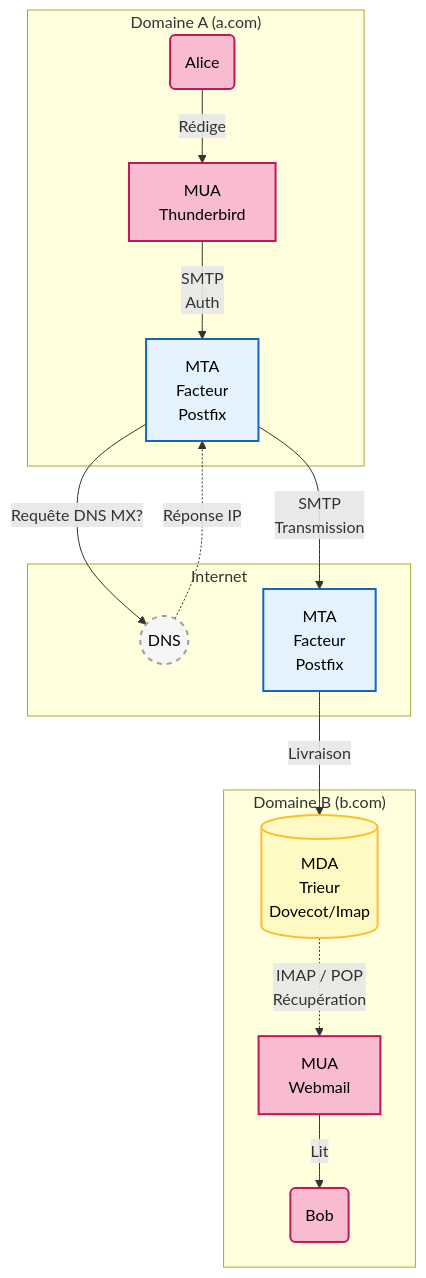
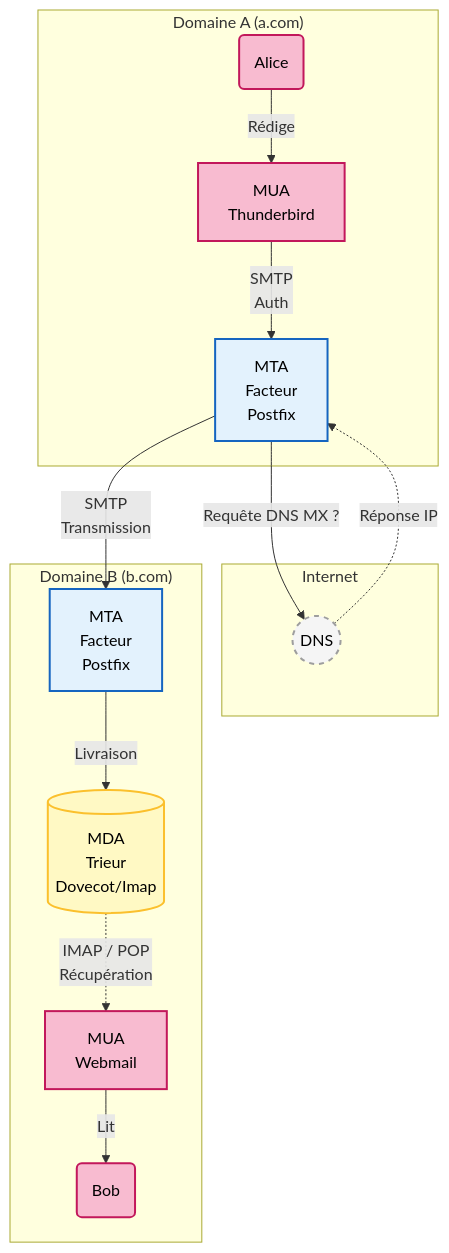
Before and after one commit to Yanal-Yves/blog: the third of 3 diagrams in content/antispoofing-e-mail/01-architecture-concepts.md, drawn with Mermaid. The commit also changed other lines of this file, not shown here.

First line of the commit message:
Article 1 : exemple de session SMTP + correction diagramme du voyage

````diff
--- a/content/antispoofing-e-mail/01-architecture-concepts.md
+++ b/content/antispoofing-e-mail/01-architecture-concepts.md
@@ -155,25 +155,27 @@
 ```mermaid
 graph TD
   %% --- Définition des Styles ---
   classDef client fill:#f8bbd0,stroke:#c2185b,stroke-width:2px,color:#000;
   classDef server fill:#e3f2fd,stroke:#1565c0,stroke-width:2px,color:#000;
   classDef storage fill:#fff9c4,stroke:#fbc02d,stroke-width:2px,color:#000;
   classDef internet fill:#f5f5f5,stroke:#9e9e9e,stroke-width:2px,stroke-dasharray: 5 5,color:#000;
   %% --- Domaine A (Expéditeur) ---
   subgraph "Domaine A (a.com)"
       Alice(Alice):::client -->|Rédige| MUA_A[MUA<br/>Thunderbird]:::client
       MUA_A -->|SMTP<br/>Auth| MTA_A[MTA<br/>Facteur<br/>Postfix]:::server
   end
   %% --- Internet ---
   subgraph "Internet"
-      MTA_A -->|Requête DNS MX?| DNS((DNS)):::internet
-      DNS -.->|Réponse IP| MTA_A
-      MTA_A -->|SMTP<br/>Transmission| MTA_B[MTA<br/>Facteur<br/>Postfix]:::server
+      DNS((DNS)):::internet
   end
   %% --- Domaine B (Destinataire) ---
   subgraph "Domaine B (b.com)"
-      MTA_B -->|Livraison| MDA_B[("MDA<br/>Trieur<br/>Dovecot/Imap")]:::storage
+      MTA_B[MTA<br/>Facteur<br/>Postfix]:::server -->|Livraison| MDA_B[("MDA<br/>Trieur<br/>Dovecot/Imap")]:::storage
       MDA_B -.->|IMAP / POP<br/>Récupération| MUA_B[MUA<br/>Webmail]:::client
       MUA_B -->|Lit| Bob(Bob):::client
-end
+  end
+  %% --- Liens inter-domaines (transitant par Internet) ---
+  MTA_A -->|Requête DNS MX ?| DNS
+  DNS -.->|Réponse IP| MTA_A
+  MTA_A -->|SMTP<br/>Transmission| MTA_B
 ```
````
